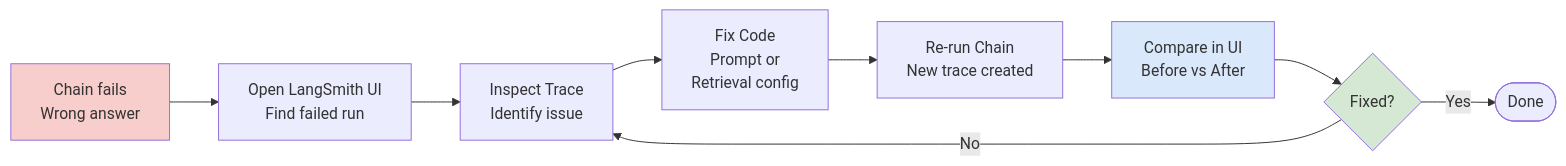
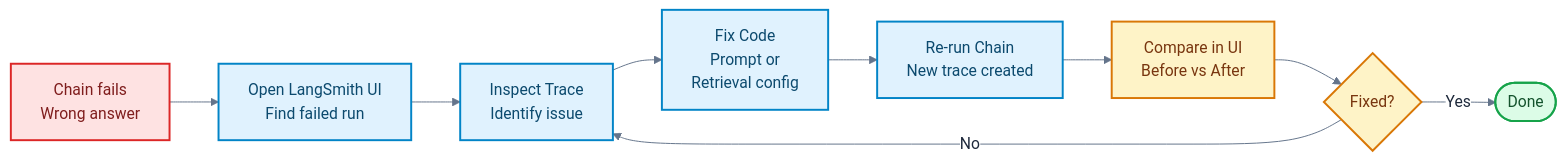
The fifth of 5 diagrams in docs/06-frameworks/einsteiger-langsmith.md (ralf-42/GenAI), drawn with Mermaid before and after one commit. The commit also changed other lines of this file and 25 other files, not shown here.

````diff
--- a/docs/06-frameworks/einsteiger-langsmith.md
+++ b/docs/06-frameworks/einsteiger-langsmith.md
@@ -630,23 +693,45 @@
 ```mermaid
+---
+config:
+  theme: base
+  look: classic
+  themeVariables:
+    primaryColor: '#e0f2fe'
+    primaryBorderColor: '#0284c7'
+    primaryTextColor: '#1e293b'
+    lineColor: '#64748b'
+    clusterBkg: '#f8fafc'
+    clusterBorder: '#cbd5e1'
+    noteBkgColor: '#fef3c7'
+    noteBorderColor: '#d97706'
+    noteTextColor: '#78350f'
+    edgeLabelBackground: '#ffffff'
+---
+
 flowchart LR
     FAIL[Chain fails<br/>Wrong answer]
     OPEN[Open LangSmith UI<br/>Find failed run]
     INSPECT[Inspect Trace<br/>Identify issue]
     FIX[Fix Code<br/>Prompt or<br/>Retrieval config]
     RETEST[Re-run Chain<br/>New trace created]
     COMPARE[Compare in UI<br/>Before vs After]
     SUCCESS{Fixed?}
 
     FAIL --> OPEN
     OPEN --> INSPECT
     INSPECT --> FIX
     FIX --> RETEST
     RETEST --> COMPARE
     COMPARE --> SUCCESS
     SUCCESS -->|No| INSPECT
     SUCCESS -->|Yes| END([Done])
 
-    style FAIL fill:#f8cecc
-    style SUCCESS fill:#d5e8d4
-    style COMPARE fill:#dae8fc
+%% Funktionsfarben nach Mermaid_Best_Practices.md
+classDef default fill:#e0f2fe,stroke:#0284c7,stroke-width:2px,color:#0c4a6e;
+classDef metric fill:#fef3c7,stroke:#d97706,stroke-width:2px,color:#78350f;
+classDef output fill:#dcfce7,stroke:#16a34a,stroke-width:2px,color:#14532d;
+classDef stop fill:#fee2e2,stroke:#dc2626,stroke-width:2px,color:#7f1d1d;
+class COMPARE,SUCCESS metric;
+class END output;
+class FAIL stop;
 ```
````
